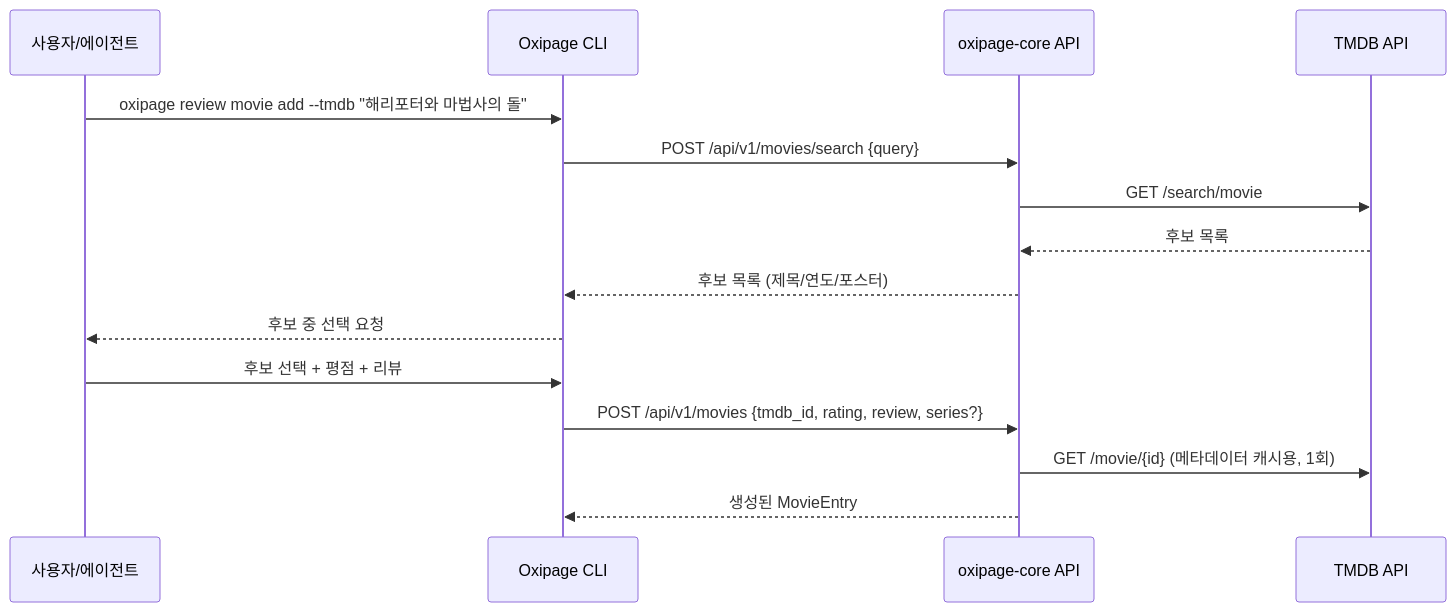
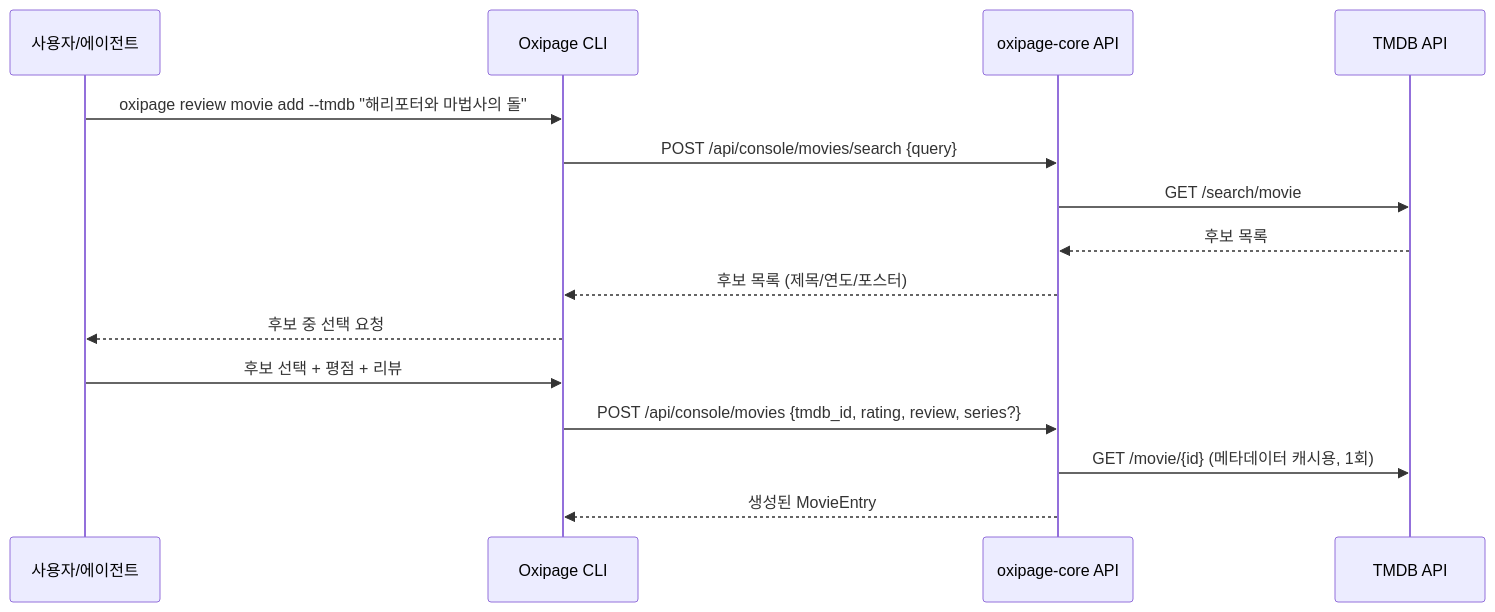
One commit to a7garden/oxipage changed the second of 2 diagrams in doc/02-domain-model.md. Above: the diagram before and after it, drawn with Mermaid. The commit also changed 53 other files, not shown here.

````diff
--- a/doc/02-domain-model.md
+++ b/doc/02-domain-model.md
@@ -153,18 +153,18 @@
 ```mermaid
 sequenceDiagram
     participant U as 사용자/에이전트
     participant CLI as Oxipage CLI
     participant API as oxipage-core API
     participant TMDB as TMDB API
 
     U->>CLI: oxipage review movie add --tmdb "해리포터와 마법사의 돌"
-    CLI->>API: POST /api/v1/movies/search {query}
+    CLI->>API: POST /api/console/movies/search {query}
     API->>TMDB: GET /search/movie
     TMDB-->>API: 후보 목록
     API-->>CLI: 후보 목록 (제목/연도/포스터)
     CLI-->>U: 후보 중 선택 요청
     U->>CLI: 후보 선택 + 평점 + 리뷰
-    CLI->>API: POST /api/v1/movies {tmdb_id, rating, review, series?}
+    CLI->>API: POST /api/console/movies {tmdb_id, rating, review, series?}
     API->>TMDB: GET /movie/{id} (메타데이터 캐시용, 1회)
     API-->>CLI: 생성된 MovieEntry
 ```
````
